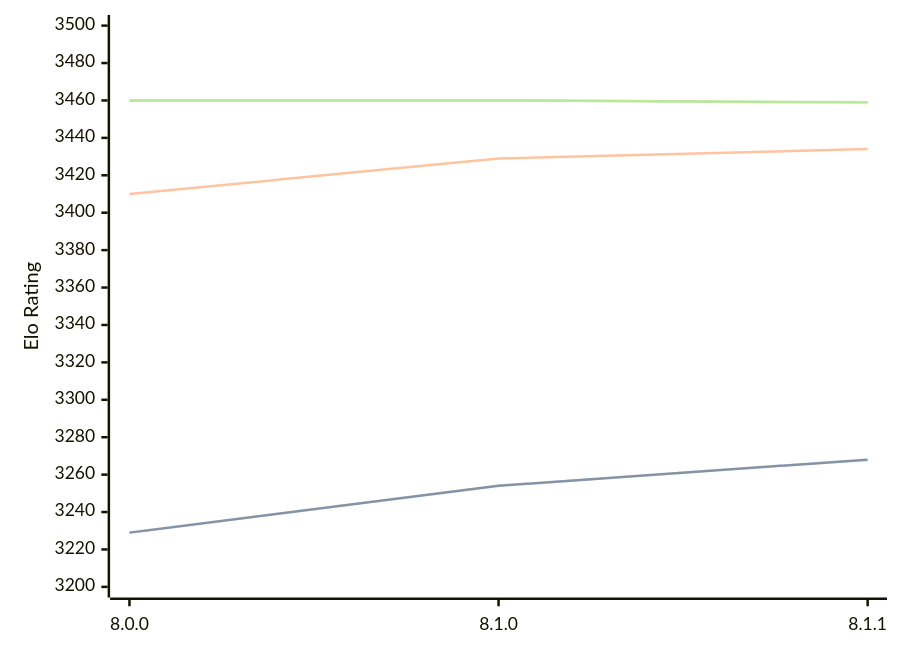
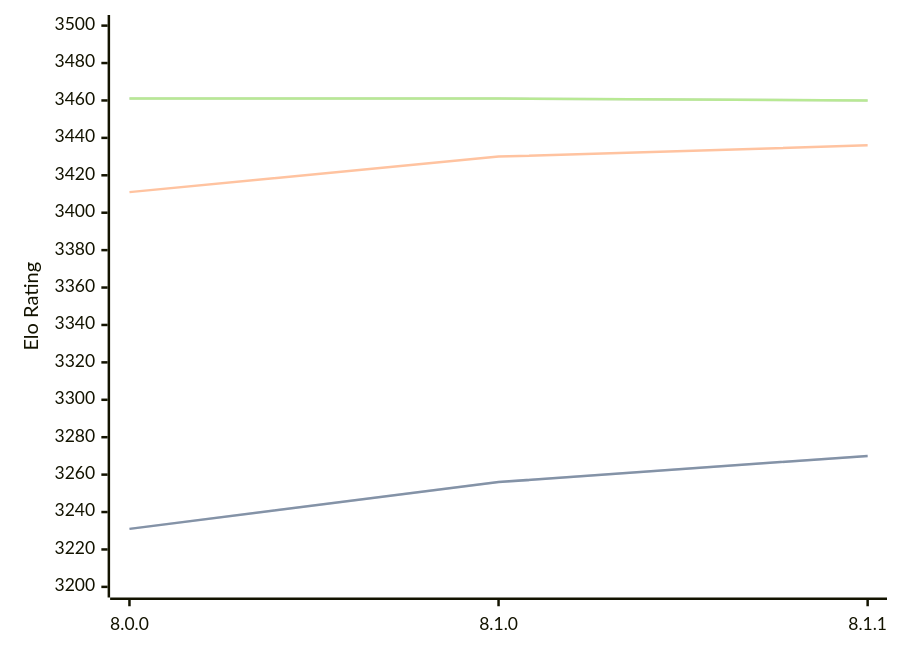
Before and after one commit to computer-chess-index/cci: the diagram in engines/Velvet.md, drawn with Mermaid. The commit also changed other lines of this file, not shown here.

Commit message:
Update CCI Ratings (ELO VLTC) - 2026-08-15

````diff
--- a/engines/Velvet.md
+++ b/engines/Velvet.md
@@ -33,11 +33,11 @@
 ```mermaid
 %%{init: {"theme":"base","themeVariables":{"seriesColors:['#a3a3a3','#222221','#faa371']}}}%%
 xychart-beta
   x-axis ["8.0.0", "8.1.0", "8.1.1"]
   y-axis "Elo Rating" 3200 --> 3500
-  line "STC (8.0+0.08s)" [3229, 3254, 3268]
-  line "STC (8.0+0.08s)" [3229, 3254, 3268]
-  line "LTC (60.0+0.60s)" [3410, 3429, 3434]
-  line "VLTC (2m24s+1.12s)" [3460, 3460, 3459]
-  line "VLTC (2m24s+1.12s)" [3460, 3460, 3459]
+  line "STC (8.0+0.08s)" [3231, 3256, 3270]
+  line "STC (8.0+0.08s)" [3231, 3256, 3270]
+  line "LTC (60.0+0.60s)" [3411, 3430, 3436]
+  line "VLTC (2m24s+1.12s)" [3461, 3461, 3460]
+  line "VLTC (2m24s+1.12s)" [3461, 3461, 3460]
 ```
````
